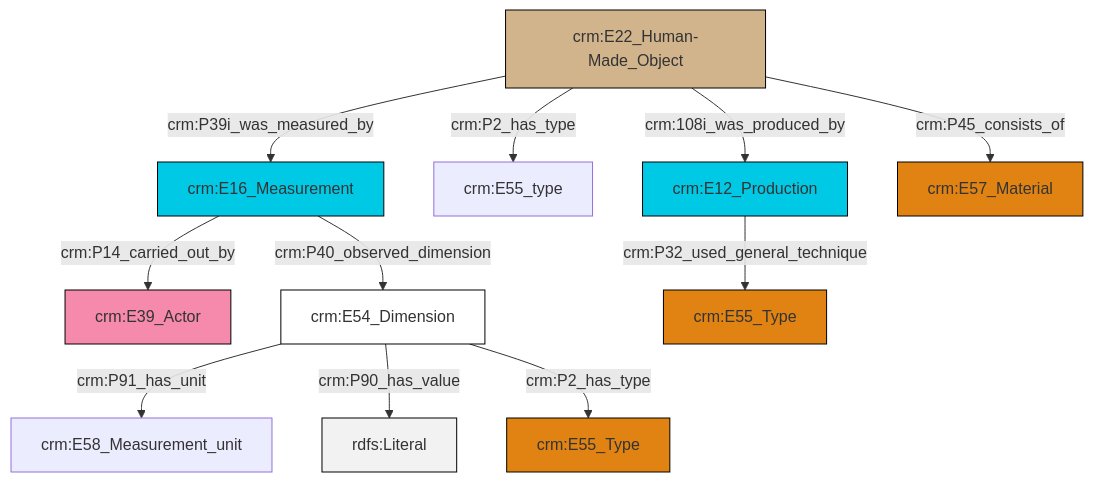
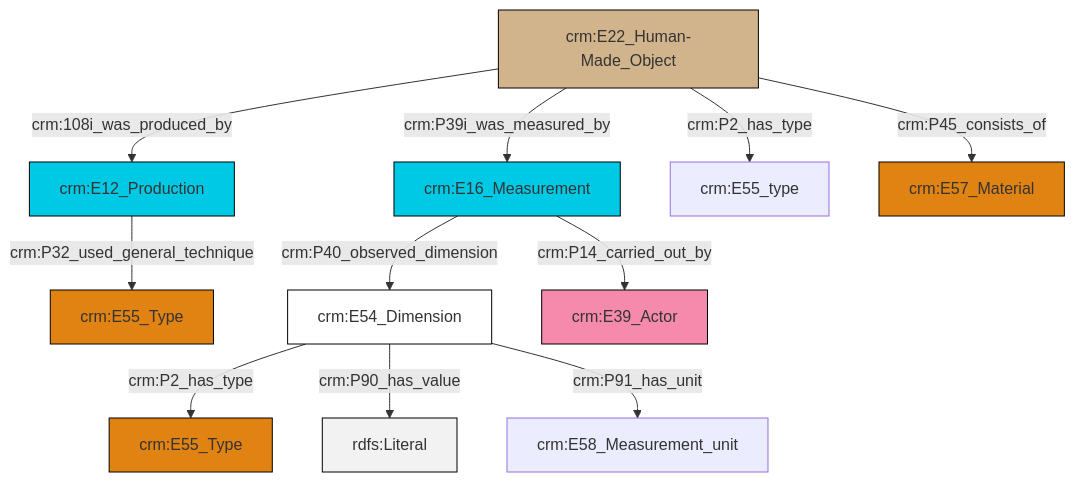
One commit to swiss-art-research-net/reference-data-models changed the diagram in et/builtWorkCSV/ttl/mmd/Built_Work_substance.ttl.mmd. Above: the diagram before and after it, drawn with Mermaid. The commit also changed 128 other files, not shown here.

```diff
--- a/et/builtWorkCSV/ttl/mmd/Built_Work_substance.ttl.mmd
+++ b/et/builtWorkCSV/ttl/mmd/Built_Work_substance.ttl.mmd
@@ -1,25 +1,25 @@
 graph TD
 classDef Literal fill:#f2f2f2,stroke:#000000;
 classDef CRM_Entity fill:#FFFFFF,stroke:#000000;
 classDef Temporal_Entity fill:#00C9E6, stroke:#000000;
 classDef Type fill:#E18312, stroke:#000000;
 classDef Time-Span fill:#2C9C91, stroke:#000000;
 classDef Appellation fill:#FFEB7F, stroke:#000000;
 classDef Place fill:#008836, stroke:#000000;
 classDef Persistent_Item fill:#B266B2, stroke:#000000;
 classDef Conceptual_Object fill:#FFD700, stroke:#000000;
 classDef Physical_Thing fill:#D2B48C, stroke:#000000;
 classDef Actor fill:#f58aad, stroke:#000000;
 classDef PC_Classes fill:#4ce600, stroke:#000000;
 classDef Multi fill:#cccccc,stroke:#000000;
 
-2["crm:E16_Measurement"]:::Temporal_Entity -->|crm:P40_observed_dimension| 3["crm:E54_Dimension"]:::CRM_Entity
-4["crm:E22_Human-Made_Object"]:::Physical_Thing -->|crm:P2_has_type| 5["crm:E55_type"]:::Default
-3["crm:E54_Dimension"]:::CRM_Entity -->|crm:P91_has_unit| 6["crm:E58_Measurement_unit"]:::Default
-4["crm:E22_Human-Made_Object"]:::Physical_Thing -->|crm:P39i_was_measured_by| 2["crm:E16_Measurement"]:::Temporal_Entity
-3["crm:E54_Dimension"]:::CRM_Entity -->|crm:P90_has_value| 9[rdfs:Literal]:::Literal
-2["crm:E16_Measurement"]:::Temporal_Entity -->|crm:P14_carried_out_by| 0["crm:E39_Actor"]:::Actor
-10["crm:E12_Production"]:::Temporal_Entity -->|crm:P32_used_general_technique| 12["crm:E55_Type"]:::Type
-4["crm:E22_Human-Made_Object"]:::Physical_Thing -->|crm:108i_was_produced_by| 10["crm:E12_Production"]:::Temporal_Entity
-3["crm:E54_Dimension"]:::CRM_Entity -->|crm:P2_has_type| 15["crm:E55_Type"]:::Type
-4["crm:E22_Human-Made_Object"]:::Physical_Thing -->|crm:P45_consists_of| 17["crm:E57_Material"]:::Type
+0["crm:E22_Human-Made_Object"]:::Physical_Thing -->|crm:P39i_was_measured_by| 1["crm:E16_Measurement"]:::Temporal_Entity
+10["crm:E54_Dimension"]:::CRM_Entity -->|crm:P2_has_type| 11["crm:E55_Type"]:::Type
+10["crm:E54_Dimension"]:::CRM_Entity -->|crm:P90_has_value| 12[rdfs:Literal]:::Literal
+0["crm:E22_Human-Made_Object"]:::Physical_Thing -->|crm:P45_consists_of| 13["crm:E57_Material"]:::Type
+10["crm:E54_Dimension"]:::CRM_Entity -->|crm:P91_has_unit| 6["crm:E58_Measurement_unit"]:::Default
+1["crm:E16_Measurement"]:::Temporal_Entity -->|crm:P14_carried_out_by| 16["crm:E39_Actor"]:::Actor
+0["crm:E22_Human-Made_Object"]:::Physical_Thing -->|crm:P2_has_type| 8["crm:E55_type"]:::Default
+1["crm:E16_Measurement"]:::Temporal_Entity -->|crm:P40_observed_dimension| 10["crm:E54_Dimension"]:::CRM_Entity
+0["crm:E22_Human-Made_Object"]:::Physical_Thing -->|crm:108i_was_produced_by| 2["crm:E12_Production"]:::Temporal_Entity
+2["crm:E12_Production"]:::Temporal_Entity -->|crm:P32_used_general_technique| 4["crm:E55_Type"]:::Type
```
